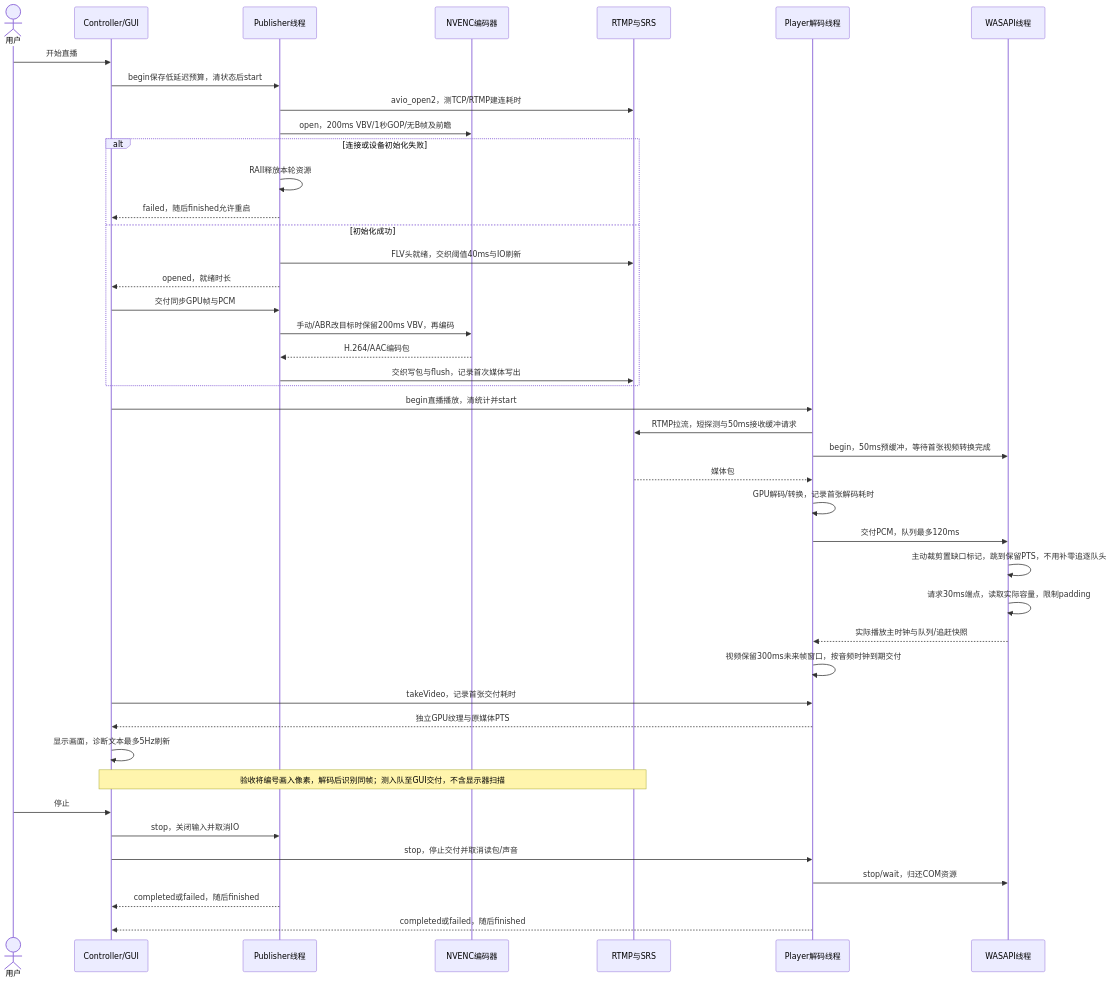
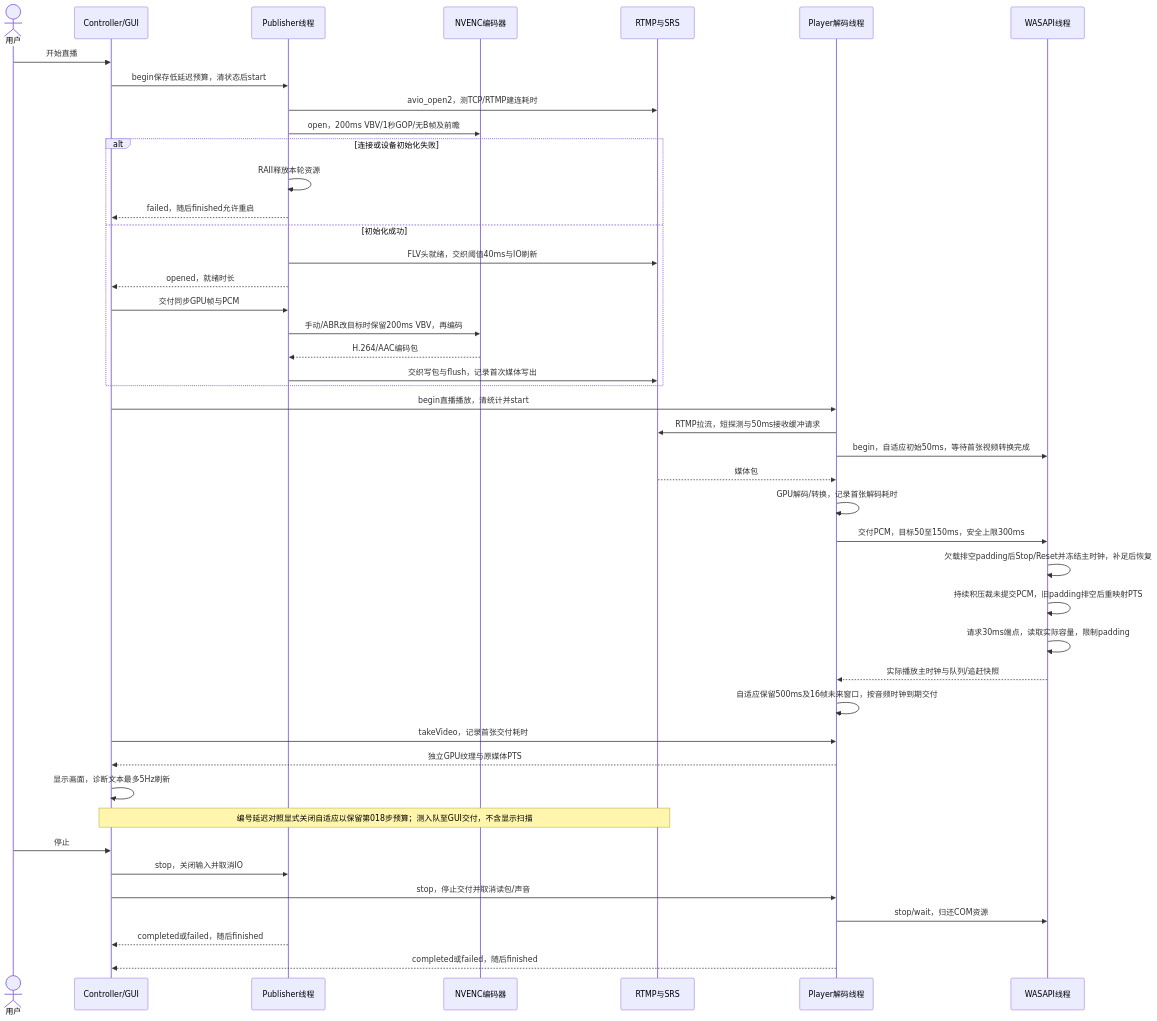
Before and after one commit to kingsman-svg/OBS: the diagram in docs/uml/rtmp-latency.mmd, drawn with Mermaid. The commit also changed 31 other files, not shown here.

```diff
--- a/docs/uml/rtmp-latency.mmd
+++ b/docs/uml/rtmp-latency.mmd
@@ -1,43 +1,44 @@
 sequenceDiagram
 actor U as 用户
 participant C as Controller/GUI
 participant P as Publisher线程
 participant E as NVENC编码器
 participant R as RTMP与SRS
 participant D as Player解码线程
 participant A as WASAPI线程
 U->>C: 开始直播
 C->>P: begin保存低延迟预算，清状态后start
 P->>R: avio_open2，测TCP/RTMP建连耗时
 P->>E: open，200ms VBV/1秒GOP/无B帧及前瞻
 alt 连接或设备初始化失败
 P->>P: RAII释放本轮资源
 P-->>C: failed，随后finished允许重启
 else 初始化成功
 P->>R: FLV头就绪，交织阈值40ms与IO刷新
 P-->>C: opened，就绪时长
 C->>P: 交付同步GPU帧与PCM
 P->>E: 手动/ABR改目标时保留200ms VBV，再编码
 E-->>P: H.264/AAC编码包
 P->>R: 交织写包与flush，记录首次媒体写出
 end
 C->>D: begin直播播放，清统计并start
 D->>R: RTMP拉流，短探测与50ms接收缓冲请求
-D->>A: begin，50ms预缓冲，等待首张视频转换完成
+D->>A: begin，自适应初始50ms，等待首张视频转换完成
 R-->>D: 媒体包
 D->>D: GPU解码/转换，记录首张解码耗时
-D->>A: 交付PCM，队列最多120ms
-A->>A: 主动裁剪置缺口标记，跳到保留PTS，不用补零追逐队头
+D->>A: 交付PCM，目标50至150ms，安全上限300ms
+A->>A: 欠载排空padding后Stop/Reset并冻结主时钟，补足后恢复
+A->>A: 持续积压裁未提交PCM，旧padding排空后重映射PTS
 A->>A: 请求30ms端点，读取实际容量，限制padding
 A-->>D: 实际播放主时钟与队列/追赶快照
-D->>D: 视频保留300ms未来帧窗口，按音频时钟到期交付
+D->>D: 自适应保留500ms及16帧未来窗口，按音频时钟到期交付
 C->>D: takeVideo，记录首张交付耗时
 D-->>C: 独立GPU纹理与原媒体PTS
 C->>C: 显示画面，诊断文本最多5Hz刷新
-Note over C,R: 验收将编号画入像素，解码后识别同帧；测入队至GUI交付，不含显示器扫描
+Note over C,R: 编号延迟对照显式关闭自适应以保留第018步预算；测入队至GUI交付，不含显示扫描
 U->>C: 停止
 C->>P: stop，关闭输入并取消IO
 C->>D: stop，停止交付并取消读包/声音
 D->>A: stop/wait，归还COM资源
 P-->>C: completed或failed，随后finished
 D-->>C: completed或failed，随后finished
```
